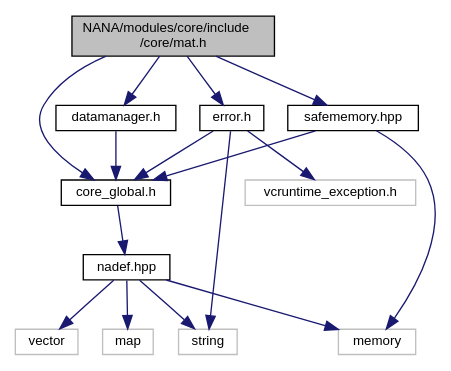
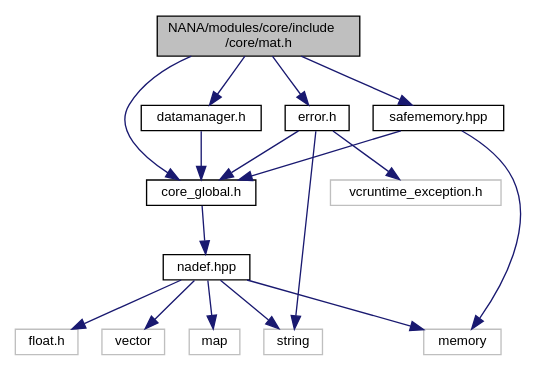
Before and after one commit to YuruTu/NANA: the diagram in docs/mat_8h__incl.dot, drawn with Graphviz. The commit also changed 91 other files, not shown here.

```diff
--- a/docs/mat_8h__incl.dot
+++ b/docs/mat_8h__incl.dot
@@ -1,32 +1,34 @@
 digraph "NANA/modules/core/include/core/mat.h"
 {
  // LATEX_PDF_SIZE
   edge [fontname="Helvetica",fontsize="10",labelfontname="Helvetica",labelfontsize="10"];
   node [fontname="Helvetica",fontsize="10",shape=record];
   Node1 [label="NANA/modules/core/include\l/core/mat.h",height=0.2,width=0.4,color="black", fillcolor="grey75", style="filled", fontcolor="black",tooltip="实现一个用于矩阵运算的模板类(仍在实现当中)"];
   Node1 -> Node2 [color="midnightblue",fontsize="10",style="solid",fontname="Helvetica"];
   Node2 [label="core_global.h",height=0.2,width=0.4,color="black", fillcolor="white", style="filled",URL="$core__global_8h.html",tooltip="全局头文件"];
   Node2 -> Node3 [color="midnightblue",fontsize="10",style="solid",fontname="Helvetica"];
   Node3 [label="nadef.hpp",height=0.2,width=0.4,color="black", fillcolor="white", style="filled",URL="$nadef_8hpp_source.html",tooltip=" "];
   Node3 -> Node4 [color="midnightblue",fontsize="10",style="solid",fontname="Helvetica"];
   Node4 [label="vector",height=0.2,width=0.4,color="grey75", fillcolor="white", style="filled",tooltip=" "];
   Node3 -> Node5 [color="midnightblue",fontsize="10",style="solid",fontname="Helvetica"];
   Node5 [label="string",height=0.2,width=0.4,color="grey75", fillcolor="white", style="filled",tooltip=" "];
   Node3 -> Node6 [color="midnightblue",fontsize="10",style="solid",fontname="Helvetica"];
   Node6 [label="map",height=0.2,width=0.4,color="grey75", fillcolor="white", style="filled",tooltip=" "];
   Node3 -> Node7 [color="midnightblue",fontsize="10",style="solid",fontname="Helvetica"];
   Node7 [label="memory",height=0.2,width=0.4,color="grey75", fillcolor="white", style="filled",tooltip=" "];
-  Node1 -> Node8 [color="midnightblue",fontsize="10",style="solid",fontname="Helvetica"];
-  Node8 [label="error.h",height=0.2,width=0.4,color="black", fillcolor="white", style="filled",URL="$error_8h.html",tooltip="用于抛出异常"];
-  Node8 -> Node2 [color="midnightblue",fontsize="10",style="solid",fontname="Helvetica"];
-  Node8 -> Node9 [color="midnightblue",fontsize="10",style="solid",fontname="Helvetica"];
-  Node9 [label="vcruntime_exception.h",height=0.2,width=0.4,color="grey75", fillcolor="white", style="filled",tooltip=" "];
-  Node8 -> Node5 [color="midnightblue",fontsize="10",style="solid",fontname="Helvetica"];
-  Node1 -> Node10 [color="midnightblue",fontsize="10",style="solid",fontname="Helvetica"];
-  Node10 [label="datamanager.h",height=0.2,width=0.4,color="black", fillcolor="white", style="filled",URL="$datamanager_8h.html",tooltip="实现一个数据管理器"];
-  Node10 -> Node2 [color="midnightblue",fontsize="10",style="solid",fontname="Helvetica"];
+  Node3 -> Node8 [color="midnightblue",fontsize="10",style="solid",fontname="Helvetica"];
+  Node8 [label="float.h",height=0.2,width=0.4,color="grey75", fillcolor="white", style="filled",tooltip=" "];
+  Node1 -> Node9 [color="midnightblue",fontsize="10",style="solid",fontname="Helvetica"];
+  Node9 [label="error.h",height=0.2,width=0.4,color="black", fillcolor="white", style="filled",URL="$error_8h.html",tooltip="用于抛出异常，移植自OpenCV"];
+  Node9 -> Node2 [color="midnightblue",fontsize="10",style="solid",fontname="Helvetica"];
+  Node9 -> Node10 [color="midnightblue",fontsize="10",style="solid",fontname="Helvetica"];
+  Node10 [label="vcruntime_exception.h",height=0.2,width=0.4,color="grey75", fillcolor="white", style="filled",tooltip=" "];
+  Node9 -> Node5 [color="midnightblue",fontsize="10",style="solid",fontname="Helvetica"];
   Node1 -> Node11 [color="midnightblue",fontsize="10",style="solid",fontname="Helvetica"];
-  Node11 [label="safememory.hpp",height=0.2,width=0.4,color="black", fillcolor="white", style="filled",URL="$safememory_8hpp.html",tooltip="实现安全的内存管理"];
+  Node11 [label="datamanager.h",height=0.2,width=0.4,color="black", fillcolor="white", style="filled",URL="$datamanager_8h.html",tooltip="实现一个数据管理器"];
   Node11 -> Node2 [color="midnightblue",fontsize="10",style="solid",fontname="Helvetica"];
-  Node11 -> Node7 [color="midnightblue",fontsize="10",style="solid",fontname="Helvetica"];
+  Node1 -> Node12 [color="midnightblue",fontsize="10",style="solid",fontname="Helvetica"];
+  Node12 [label="safememory.hpp",height=0.2,width=0.4,color="black", fillcolor="white", style="filled",URL="$safememory_8hpp.html",tooltip="实现安全的内存管理"];
+  Node12 -> Node2 [color="midnightblue",fontsize="10",style="solid",fontname="Helvetica"];
+  Node12 -> Node7 [color="midnightblue",fontsize="10",style="solid",fontname="Helvetica"];
 }
```
